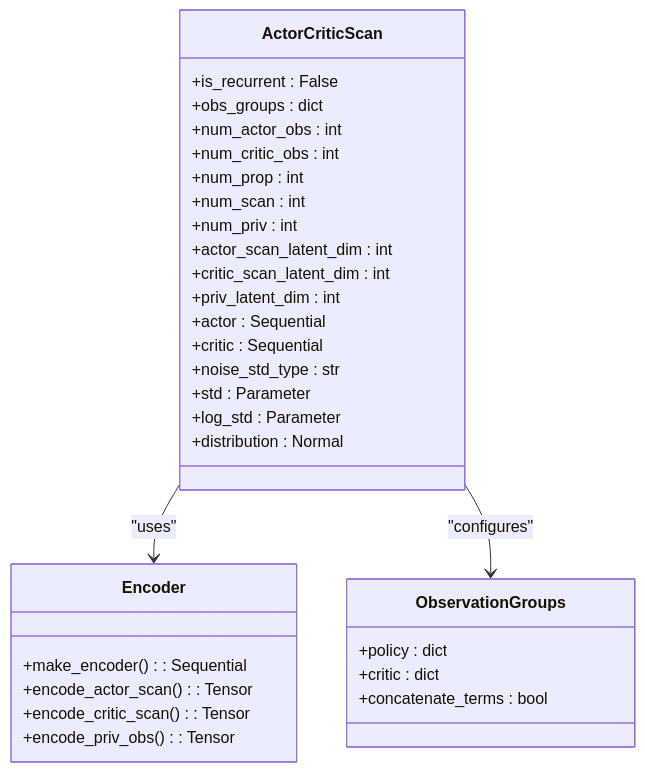
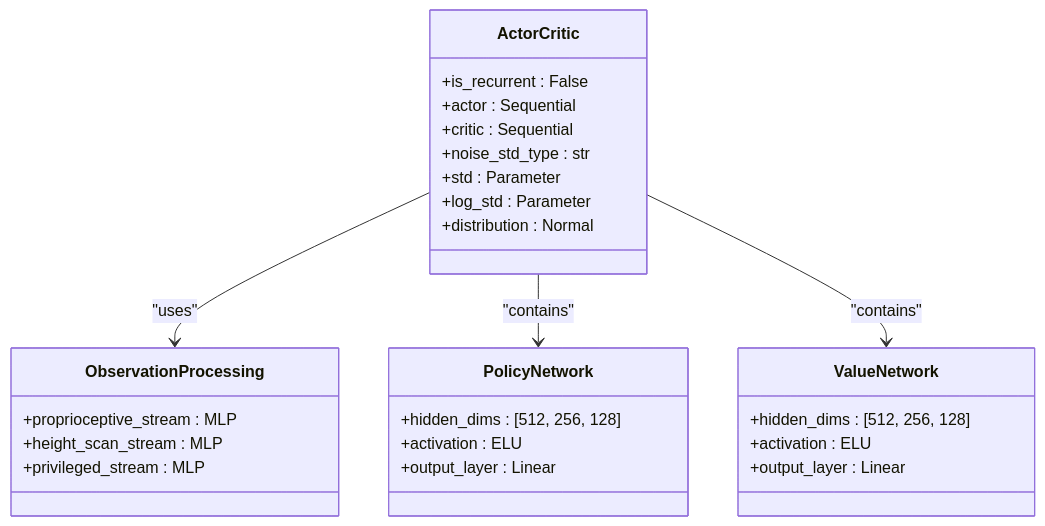
The eighth of 13 diagrams in .qoder/repowiki/en/content/ZSIBOT ZSL1 Stair Climbing Configuration.md (jayjayhust/robot_lab), drawn with Mermaid before and after one commit. The commit also changed other lines of this file and 14 other files, not shown here.

````diff
--- a/.qoder/repowiki/en/content/ZSIBOT ZSL1 Stair Climbing Configuration.md
+++ b/.qoder/repowiki/en/content/ZSIBOT ZSL1 Stair Climbing Configuration.md
@@ -631,34 +443,30 @@
 ```mermaid
 classDiagram
-class ActorCriticScan {
+class ActorCritic {
 +is_recurrent : False
-+obs_groups : dict
-+num_actor_obs : int
-+num_critic_obs : int
-+num_prop : int
-+num_scan : int
-+num_priv : int
-+actor_scan_latent_dim : int
-+critic_scan_latent_dim : int
-+priv_latent_dim : int
 +actor : Sequential
 +critic : Sequential
 +noise_std_type : str
 +std : Parameter
 +log_std : Parameter
 +distribution : Normal
 }
-class Encoder {
-+make_encoder() : Sequential
-+encode_actor_scan() : Tensor
-+encode_critic_scan() : Tensor
-+encode_priv_obs() : Tensor
+class ObservationProcessing {
++proprioceptive_stream : MLP
++height_scan_stream : MLP
++privileged_stream : MLP
 }
-class ObservationGroups {
-+policy : dict
-+critic : dict
-+concatenate_terms : bool
+class PolicyNetwork {
++hidden_dims : [512, 256, 128]
++activation : ELU
++output_layer : Linear
 }
-ActorCriticScan --> Encoder : "uses"
-ActorCriticScan --> ObservationGroups : "configures"
+class ValueNetwork {
++hidden_dims : [512, 256, 128]
++activation : ELU
++output_layer : Linear
+}
+ActorCritic --> ObservationProcessing : "uses"
+ActorCritic --> PolicyNetwork : "contains"
+ActorCritic --> ValueNetwork : "contains"
 ```
````
